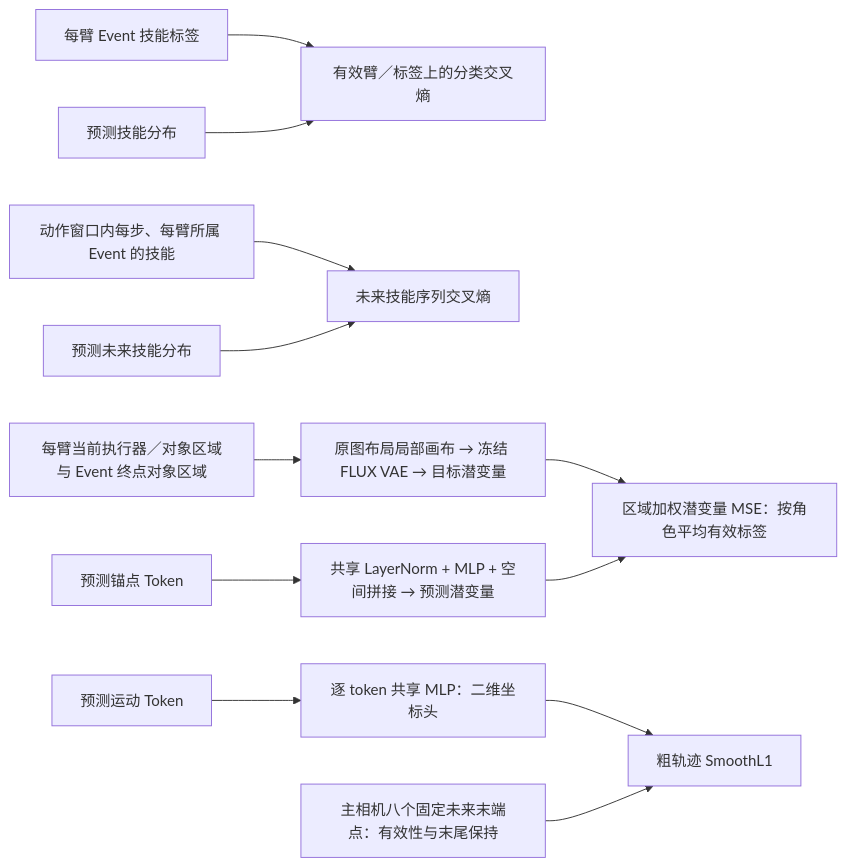
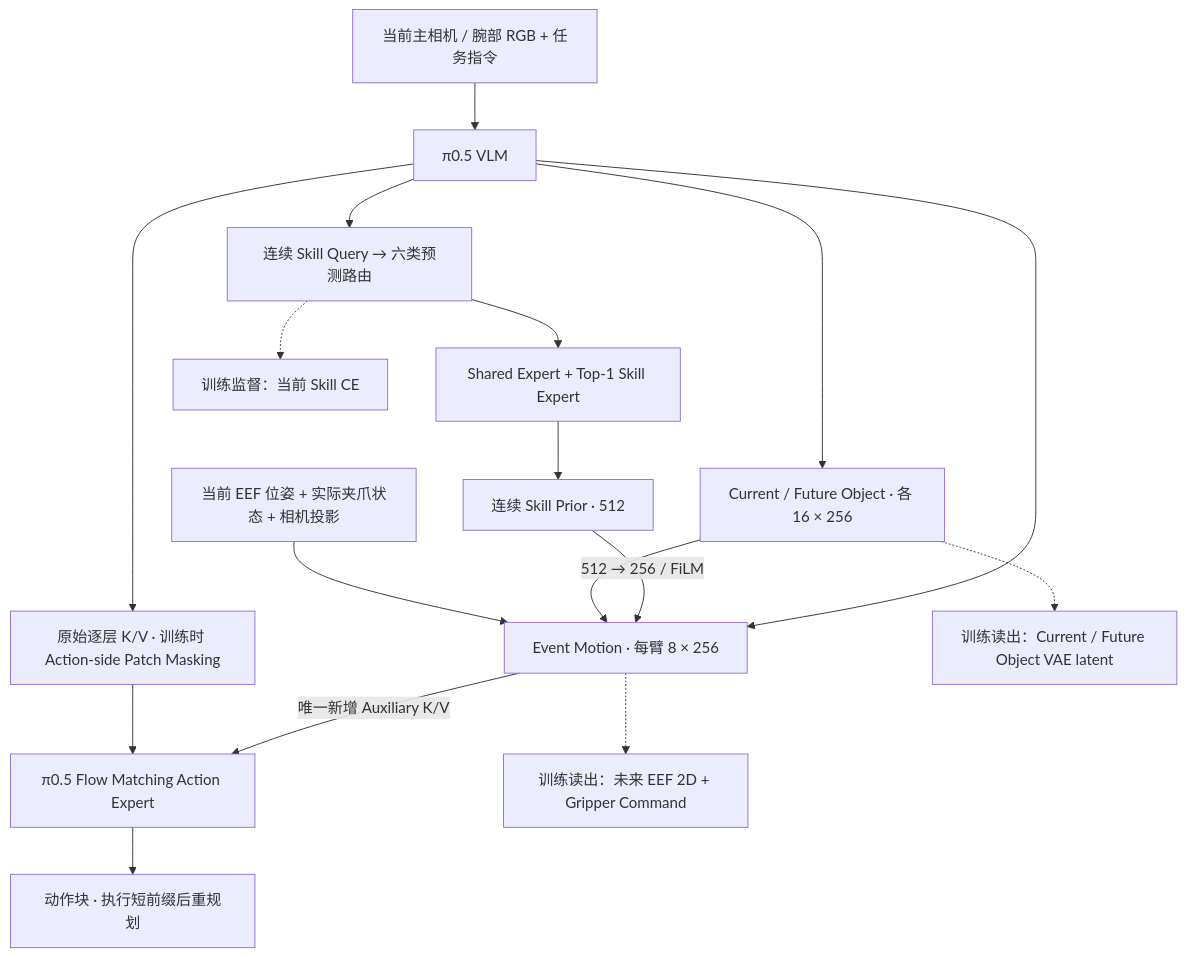
One commit to lyk-nju/ESkill-VLA changed the diagram in docs/design.md. Above: the diagram before and after it, drawn with Mermaid. The commit also changed other lines of this file and 41 other files, not shown here.

Commit message:
docs: define reusable skill and local interaction motion design

````diff
--- a/docs/design.md
+++ b/docs/design.md
@@ -64,14 +9,19 @@
-```mermaid
-flowchart LR
-    LABEL["每臂 Event 技能标签"] --> CE["有效臂／标签上的分类交叉熵"]
-    LOGIT["预测技能分布"] --> CE
-    FLABEL["动作窗口内每步、每臂所属 Event 的技能"] --> FCE["未来技能序列交叉熵"]
-    FLOGIT["预测未来技能分布"] --> FCE
-    ROI["每臂当前执行器／对象区域与 Event 终点对象区域"] --> ENC["原图布局局部画布 → 冻结 FLUX VAE → 目标潜变量"]
-    target_grounding["预测锚点 Token"] --> PROJ["共享 LayerNorm + MLP + 空间拼接 → 预测潜变量"]
-    ENC --> LG["区域加权潜变量 MSE：按角色平均有效标签"]
-    PROJ --> LG
-    latent_motion["预测运动 Token"] --> HEAD["逐 token 共享 MLP：二维坐标头"]
-    HEAD --> LM["粗轨迹 SmoothL1"]
-    TRACE["主相机八个固定未来末端点：有效性与末尾保持"] --> LM
-```
+~~~mermaid
+flowchart TD
+    O["当前主相机 / 腕部 RGB + 任务指令"] --> V["π0.5 VLM"]
+    V --> S["连续 Skill Query → 六类预测路由"]
+    S --> E["Shared Expert + Top-1 Skill Expert"]
+    E --> P["连续 Skill Prior · 512"]
+    V --> G["Current / Future Object · 各 16 × 256"]
+    V --> M["Event Motion · 每臂 8 × 256"]
+    P -->|"512 → 256 / FiLM"| M
+    G --> M
+    R["当前 EEF 位姿 + 实际夹爪状态 + 相机投影"] --> M
+    M -->|"唯一新增 Auxiliary K/V"| A["π0.5 Flow Matching Action Expert"]
+    V --> K["原始逐层 K/V · 训练时 Action-side Patch Masking"]
+    K --> A
+    A --> U["动作块 · 执行短前缀后重规划"]
+    M -.-> X["训练读出：未来 EEF 2D + Gripper Command"]
+    G -.-> Y["训练读出：Current / Future Object VAE latent"]
+    S -.-> C["训练监督：当前 Skill CE"]
+~~~
````
